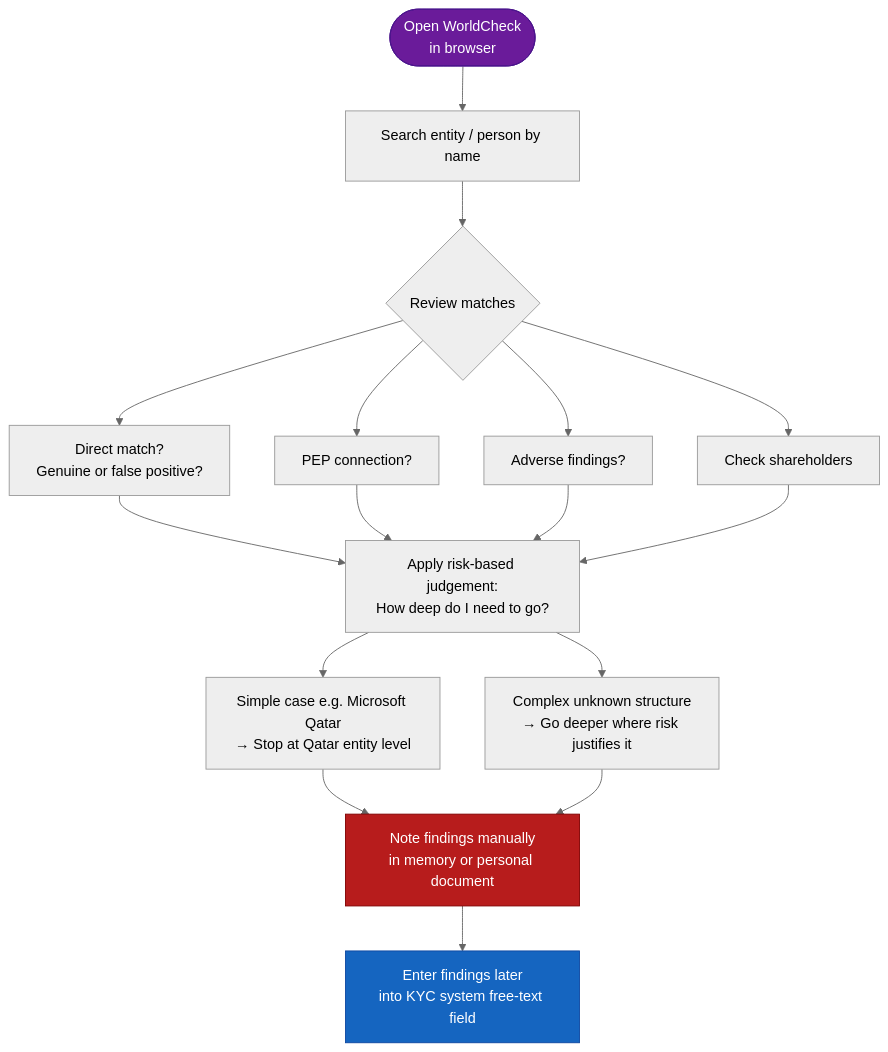
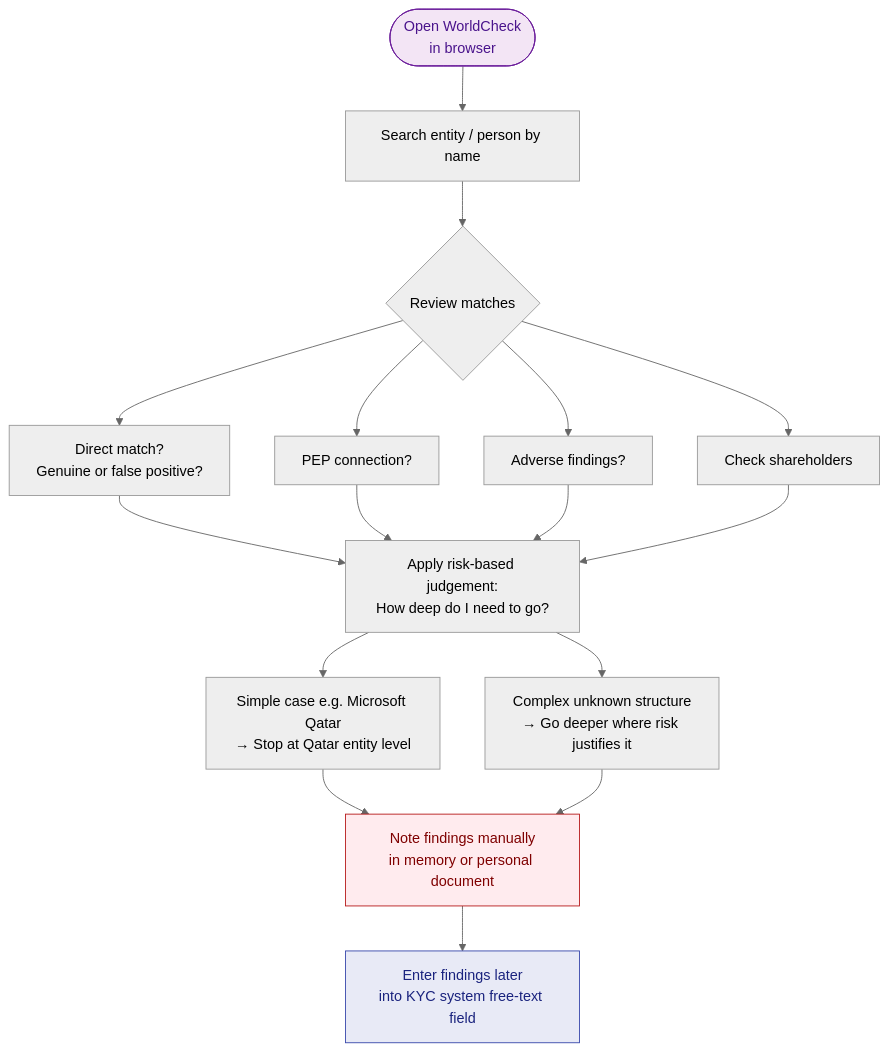
The third of 4 diagrams in docs/V2_BUS_AsIs_Process.md (mazharr-hussain/KycReport), drawn with Mermaid (neutral theme) before and after one commit. The commit also changed other lines of this file and 7 other files, not shown here.

First line of the commit message:
Switch all diagrams to light pastel palette with dark text

````diff
--- a/docs/V2_BUS_AsIs_Process.md
+++ b/docs/V2_BUS_AsIs_Process.md
@@ -128,18 +128,18 @@
 ```mermaid
 flowchart TD
     WC([Open WorldCheck\nin browser]) --> SEARCH[Search entity / person by name]
     SEARCH --> MATCH{Review matches}
     MATCH --> M1[Direct match?\nGenuine or false positive?]
     MATCH --> M2[PEP connection?]
     MATCH --> M3[Adverse findings?]
     MATCH --> M4[Check shareholders]
     M1 & M2 & M3 & M4 --> JUDGE[Apply risk-based judgement:\nHow deep do I need to go?]
     JUDGE --> EX1[Simple case e.g. Microsoft Qatar\n→ Stop at Qatar entity level]
     JUDGE --> EX2[Complex unknown structure\n→ Go deeper where risk justifies it]
     EX1 & EX2 --> NOTE[Note findings manually\nin memory or personal document]
     NOTE --> SYSTEM[Enter findings later\ninto KYC system free-text field]
 
-    style WC fill:#6A1B9A,color:#fff,stroke:#4A148C
-    style NOTE fill:#B71C1C,color:#fff,stroke:#7F0000
-    style SYSTEM fill:#1565C0,color:#fff,stroke:#0D47A1
+    style WC fill:#F3E5F5,color:#4A148C,stroke:#6A1B9A
+    style NOTE fill:#FFEBEE,color:#7F0000,stroke:#B71C1C
+    style SYSTEM fill:#E8EAF6,color:#1A237E,stroke:#3949AB
 ```
````
